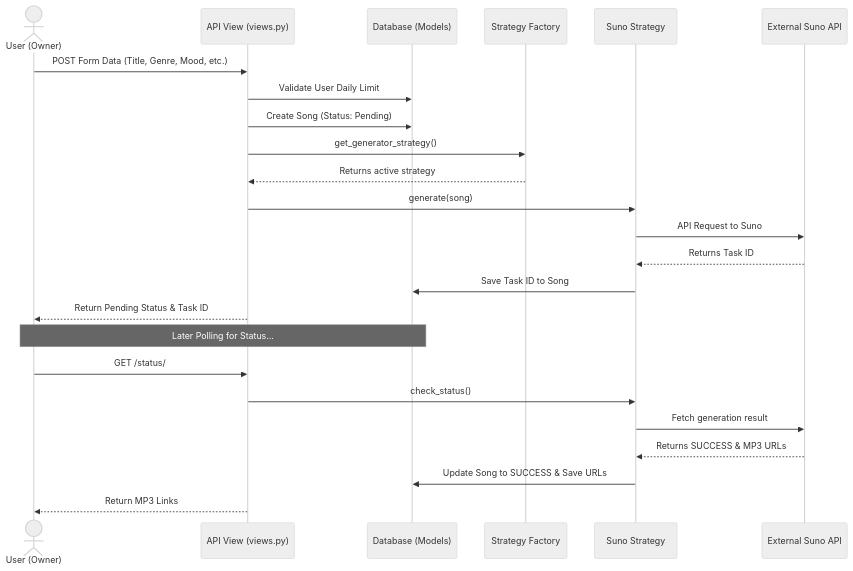
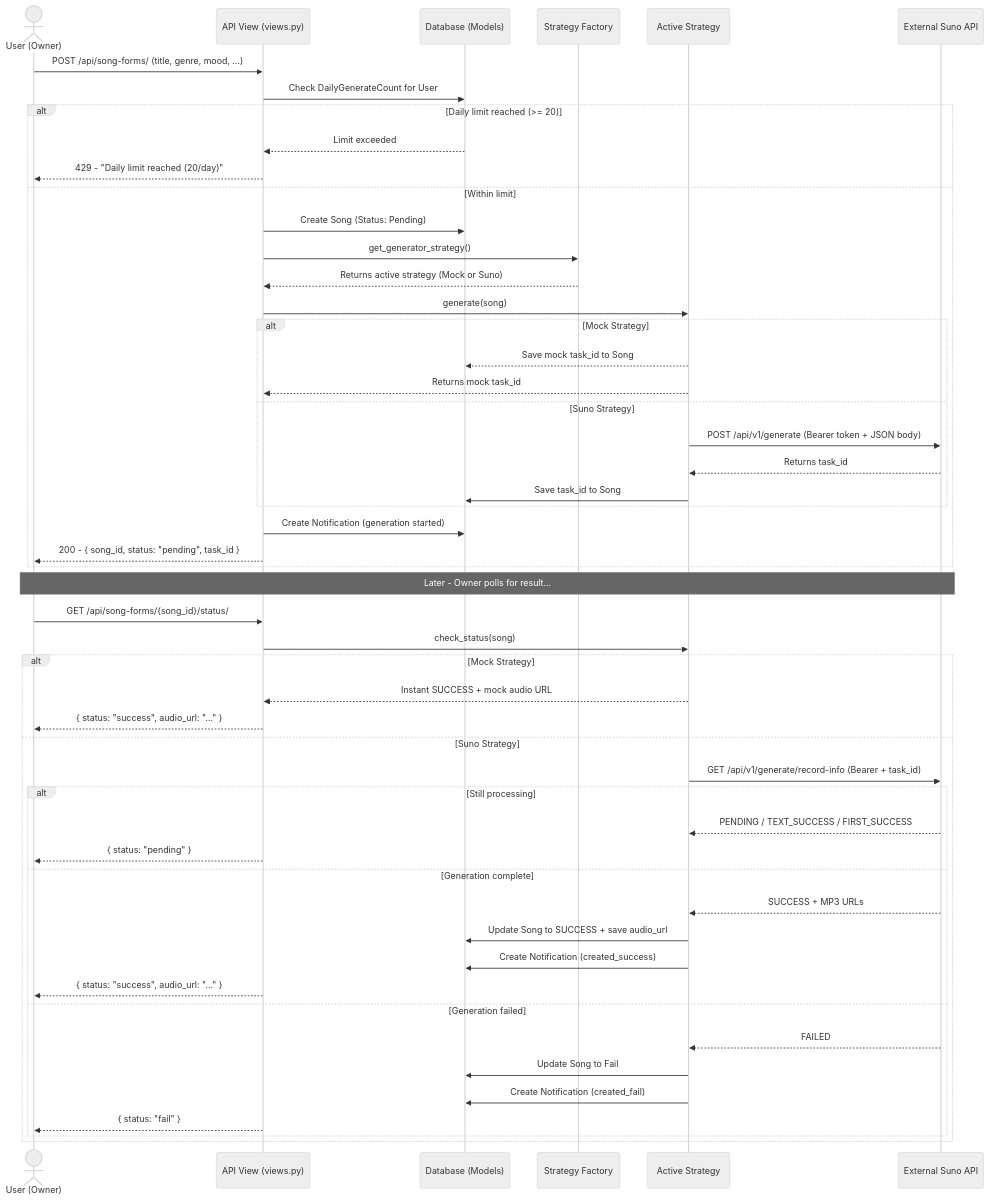
One commit to maxmukdakul/chitara_project changed the third of 3 diagrams in README.md. Above: the diagram before and after it, drawn with Mermaid (neutral theme). The commit also changed other lines of this file and 6 other files, not shown here.

````diff
--- a/README.md
+++ b/README.md
@@ -259,28 +272,60 @@
 ```mermaid
 sequenceDiagram
     actor Owner as User (Owner)
     participant View as API View (views.py)
     participant DB as Database (Models)
     participant Factory as Strategy Factory
-    participant Strategy as Suno Strategy
+    participant Strategy as Active Strategy
     participant Suno as External Suno API
 
-    Owner->>View: POST Form Data (Title, Genre, Mood, etc.)
-    View->>DB: Validate User Daily Limit
-    View->>DB: Create Song (Status: Pending)
-    View->>Factory: get_generator_strategy()
-    Factory-->>View: Returns active strategy
-    View->>Strategy: generate(song)
-    Strategy->>Suno: API Request to Suno
-    Suno-->>Strategy: Returns Task ID
-    Strategy->>DB: Save Task ID to Song
-    View-->>Owner: Return Pending Status & Task ID
-    
-    Note over Owner, DB: Later Polling for Status...
-    Owner->>View: GET /status/
-    View->>Strategy: check_status()
-    Strategy->>Suno: Fetch generation result
-    Suno-->>Strategy: Returns SUCCESS & MP3 URLs
-    Strategy->>DB: Update Song to SUCCESS & Save URLs
-    View-->>Owner: Return MP3 Links
+    Owner->>View: POST /api/song-forms/ (title, genre, mood, ...)
+
+    View->>DB: Check DailyGenerateCount for User
+    alt Daily limit reached (>= 20)
+        DB-->>View: Limit exceeded
+        View-->>Owner: 429 - "Daily limit reached (20/day)"
+    else Within limit
+        View->>DB: Create Song (Status: Pending)
+        View->>Factory: get_generator_strategy()
+        Factory-->>View: Returns active strategy (Mock or Suno)
+        View->>Strategy: generate(song)
+
+        alt Mock Strategy
+            Strategy-->>DB: Save mock task_id to Song
+            Strategy-->>View: Returns mock task_id
+        else Suno Strategy
+            Strategy->>Suno: POST /api/v1/generate (Bearer token + JSON body)
+            Suno-->>Strategy: Returns task_id
+            Strategy->>DB: Save task_id to Song
+        end
+
+        View->>DB: Create Notification (generation started)
+        View-->>Owner: 200 - { song_id, status: "pending", task_id }
+    end
+
+    Note over Owner, Suno: Later - Owner polls for result...
+
+    Owner->>View: GET /api/song-forms/{song_id}/status/
+    View->>Strategy: check_status(song)
+
+    alt Mock Strategy
+        Strategy-->>View: Instant SUCCESS + mock audio URL
+        View-->>Owner: { status: "success", audio_url: "..." }
+    else Suno Strategy
+        Strategy->>Suno: GET /api/v1/generate/record-info (Bearer + task_id)
+        alt Still processing
+            Suno-->>Strategy: PENDING / TEXT_SUCCESS / FIRST_SUCCESS
+            View-->>Owner: { status: "pending" }
+        else Generation complete
+            Suno-->>Strategy: SUCCESS + MP3 URLs
+            Strategy->>DB: Update Song to SUCCESS + save audio_url
+            Strategy->>DB: Create Notification (created_success)
+            View-->>Owner: { status: "success", audio_url: "..." }
+        else Generation failed
+            Suno-->>Strategy: FAILED
+            Strategy->>DB: Update Song to Fail
+            Strategy->>DB: Create Notification (created_fail)
+            View-->>Owner: { status: "fail" }
+        end
+    end
 ```
````
